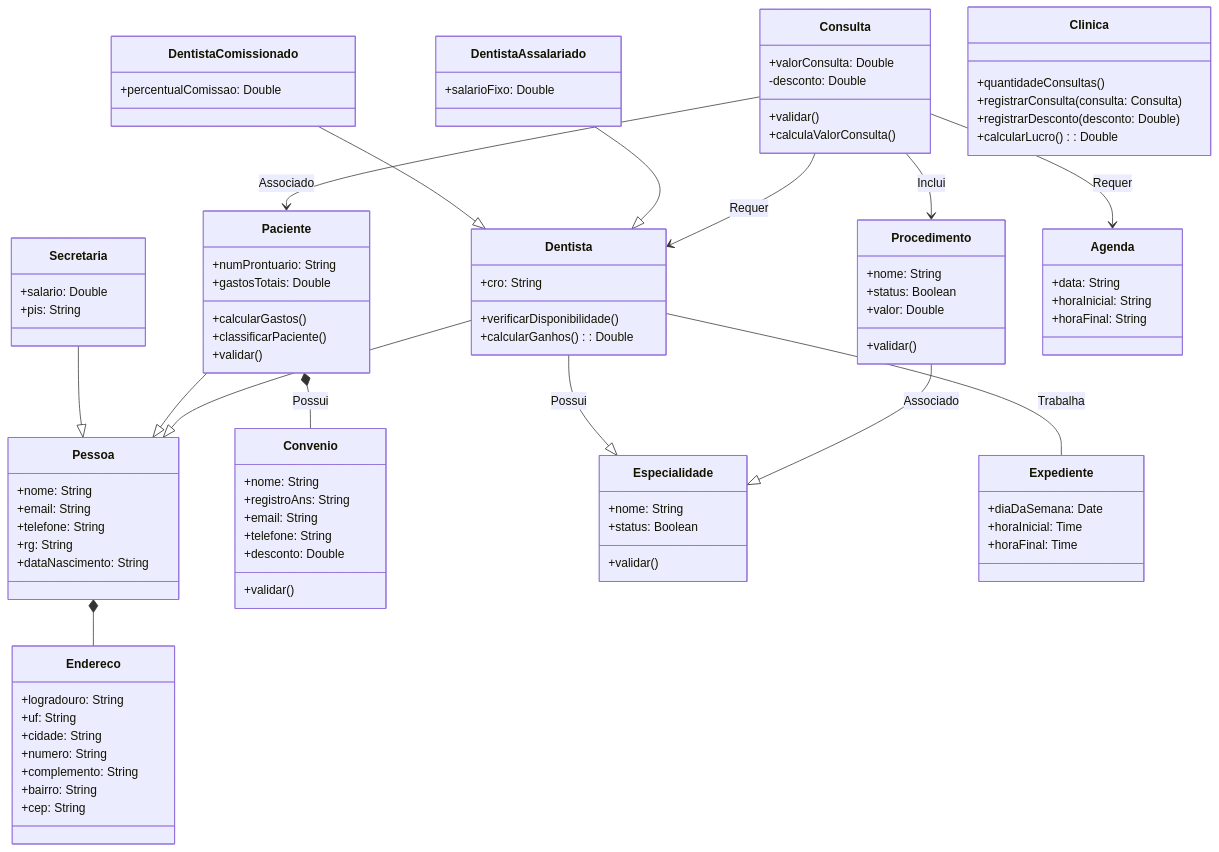
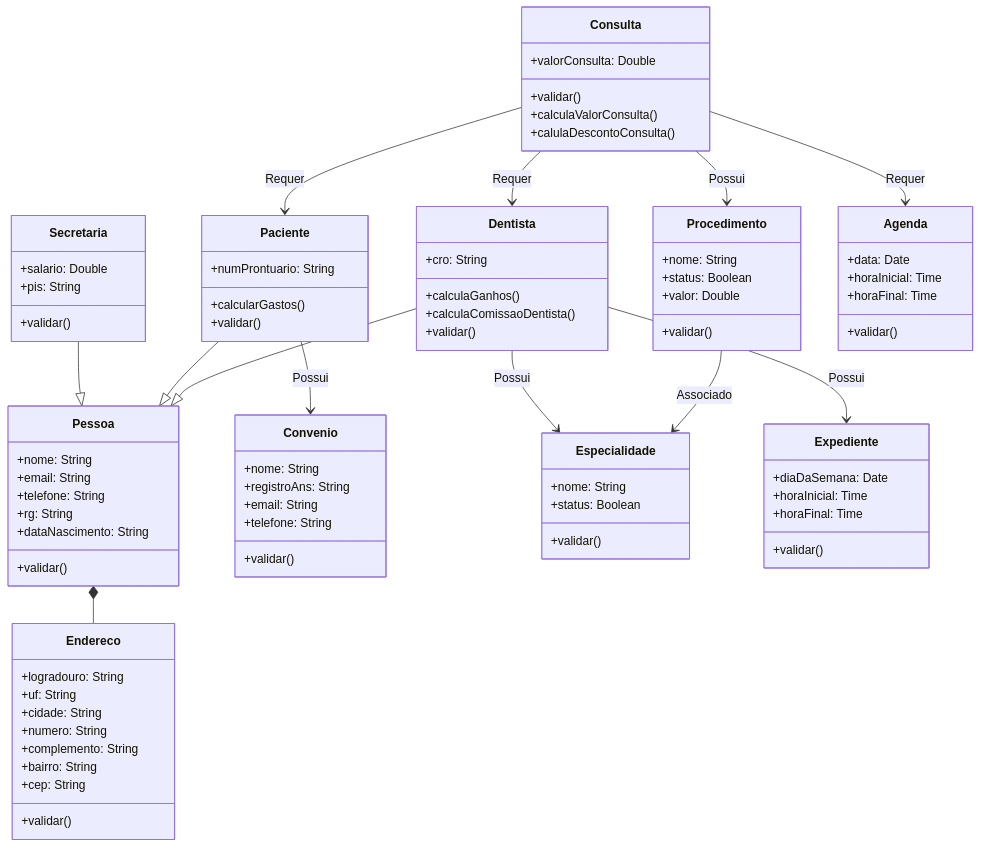
The diagram in ClassDiagram.md (IF-Trabalhos/SCCO_MVC), drawn with Mermaid before and after one commit.

Commit message:
Update ClassDiagram.md (#41)

````diff
--- a/ClassDiagram.md
+++ b/ClassDiagram.md
@@ -9,6 +9,7 @@
     +complemento: String
     +bairro: String
     +cep: String
+    +validar()
     }
 
     class Pessoa {
@@ -17,11 +18,13 @@
     +telefone: String
     +rg: String
     +dataNascimento: String
+    +validar()
     }
 
     class Secretaria {
     +salario: Double
     +pis: String
+    +validar()
     }
 
     class Convenio {
@@ -29,37 +32,27 @@
     +registroAns: String
     +email: String
     +telefone: String
-    +desconto: Double
     +validar()
     }
 
     class Paciente {
     +numProntuario: String
     +calcularGastos()
-    +classificarPaciente()
     +validar()
-    +gastosTotais: Double
     }
 
     class Consulta {
     +valorConsulta: Double
     +validar()
     +calculaValorConsulta()
-    -desconto: Double
+    +calulaDescontoConsulta()
     }
 
     class Dentista {
     +cro: String
-    +verificarDisponibilidade()
-    +calcularGanhos(): Double
-    }
-
-    class DentistaComissionado {
-    +percentualComissao: Double
-    }
-
-    class DentistaAssalariado {
-    +salarioFixo: Double
+    +calculaGanhos()
+    +calculaComissaoDentista()
+    +validar()
     }
 
     class Especialidade {
@@ -72,6 +65,7 @@
     +diaDaSemana: Date
     +horaInicial: Time
     +horaFinal: Time
+    +validar()
     }
 
     class Procedimento {
@@ -82,30 +76,23 @@
     }
 
     class Agenda {
-    +data: String
-    +horaInicial: String
-    +horaFinal: String
-    }
-
-    class Clinica {
-    +quantidadeConsultas()
-    +registrarConsulta(consulta: Consulta)
-    +registrarDesconto(desconto: Double)
-    +calcularLucro(): Double
+    +data: Date
+    +horaInicial: Time
+    +horaFinal: Time
+    +validar()
     }
 
 Pessoa *-- Endereco : 
 Secretaria --|> Pessoa : 
 Paciente --|> Pessoa : 
 Dentista --|> Pessoa : 
-DentistaComissionado --|> Dentista : 
-DentistaAssalariado --|> Dentista : 
-Paciente *-- Convenio : Possui
-Consulta --> Paciente : Associado
-Consulta --> Procedimento : Inclui
-Dentista -- Expediente : Trabalha
-Dentista --|> Especialidade : Possui
-Procedimento --|> Especialidade : Associado
+Paciente --> Convenio : Possui
+Consulta --> Paciente : Requer
+Consulta --> Procedimento : Possui
+Dentista --> Expediente : Possui
+Dentista --> Especialidade : Possui
+Procedimento --> Especialidade : Associado
 Consulta --> Agenda : Requer
 Consulta --> Dentista : Requer
+
 ```
````
